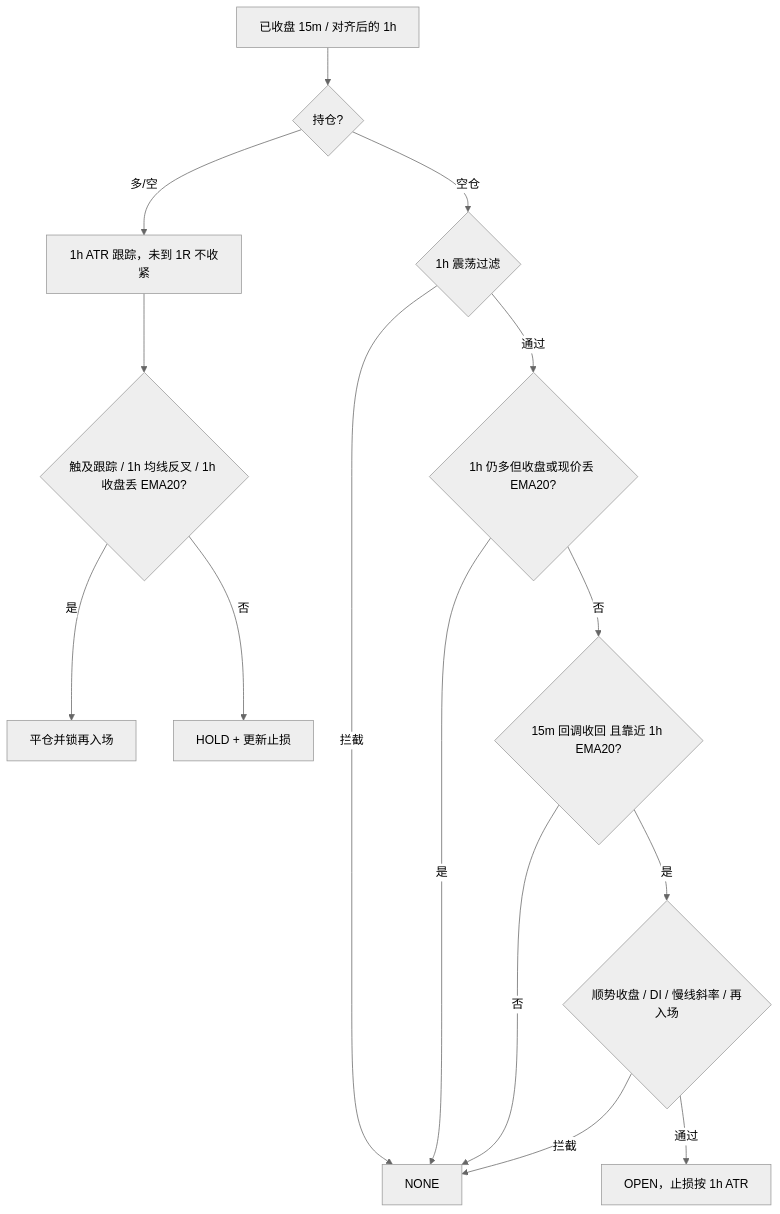
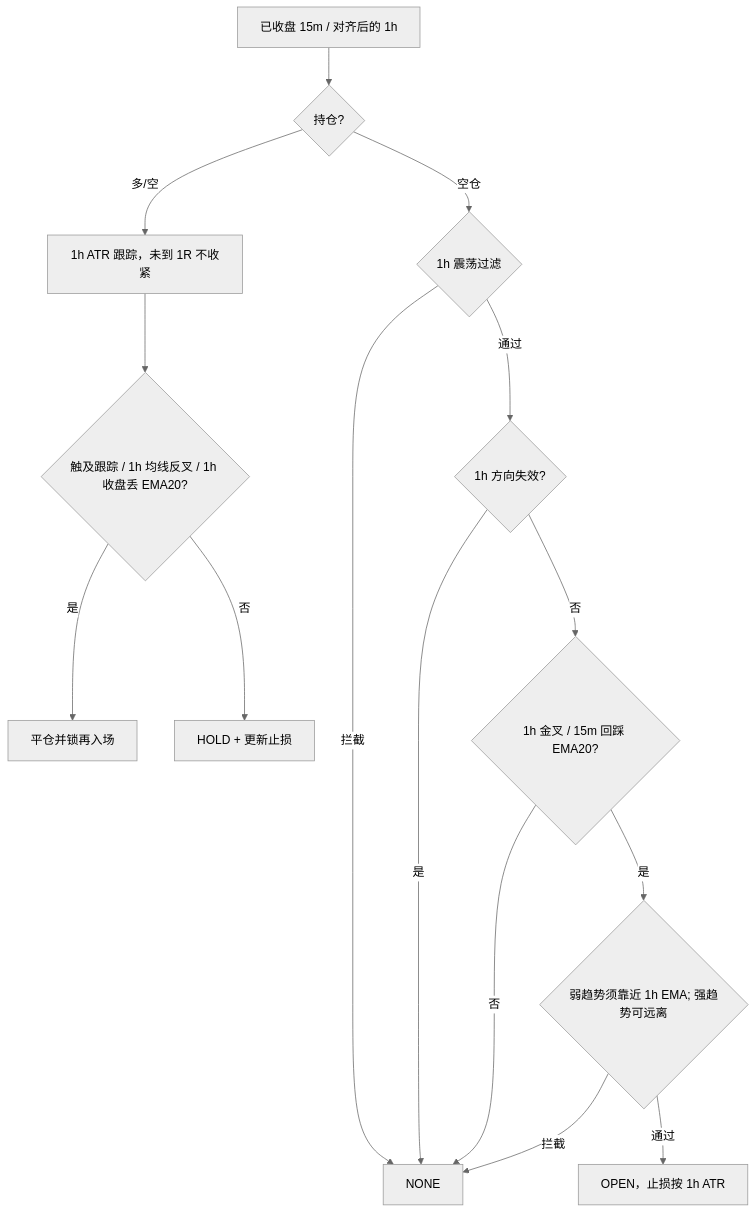
One commit to heigelove/bit changed the diagram in docs/strategy.md. Above: the diagram before and after it, drawn with Mermaid (neutral theme). The commit also changed other lines of this file and 5 other files, not shown here.

````diff
--- a/docs/strategy.md
+++ b/docs/strategy.md
@@ -101,17 +103,17 @@
 ```mermaid
 flowchart TD
   A[已收盘 15m / 对齐后的 1h] --> B{持仓?}
   B -->|多/空| C[1h ATR 跟踪，未到 1R 不收紧]
   C --> D{触及跟踪 / 1h 均线反叉 / 1h 收盘丢 EMA20?}
   D -->|是| E[平仓并锁再入场]
   D -->|否| F[HOLD + 更新止损]
   B -->|空仓| G{1h 震荡过滤}
   G -->|拦截| H[NONE]
-  G -->|通过| I{1h 仍多但收盘或现价丢 EMA20?}
+  G -->|通过| I{1h 方向失效?}
   I -->|是| H
-  I -->|否| J{15m 回调收回 且靠近 1h EMA20?}
+  I -->|否| J{1h 金叉 / 15m 回踩 EMA20?}
   J -->|否| H
-  J -->|是| K{顺势收盘 / DI / 慢线斜率 / 再入场}
+  J -->|是| K{弱趋势须靠近 1h EMA; 强趋势可远离}
   K -->|拦截| H
   K -->|通过| L[OPEN，止损按 1h ATR]
 ```
````
